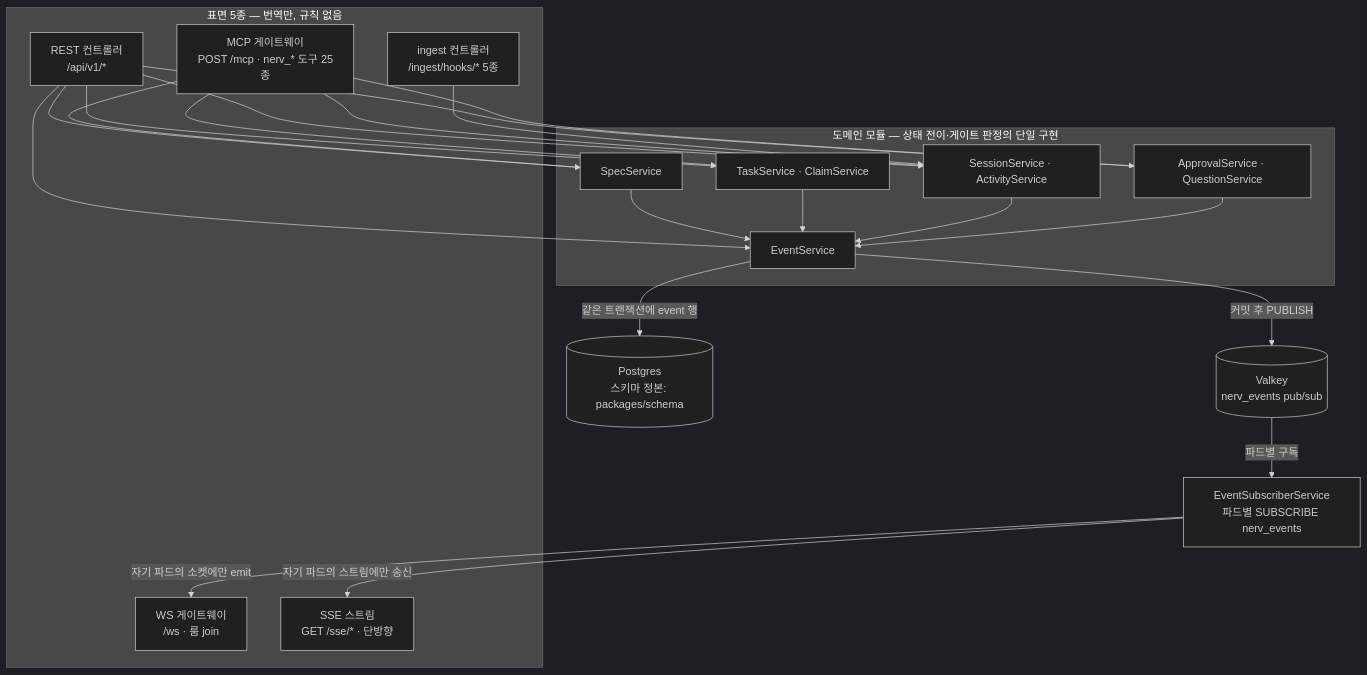
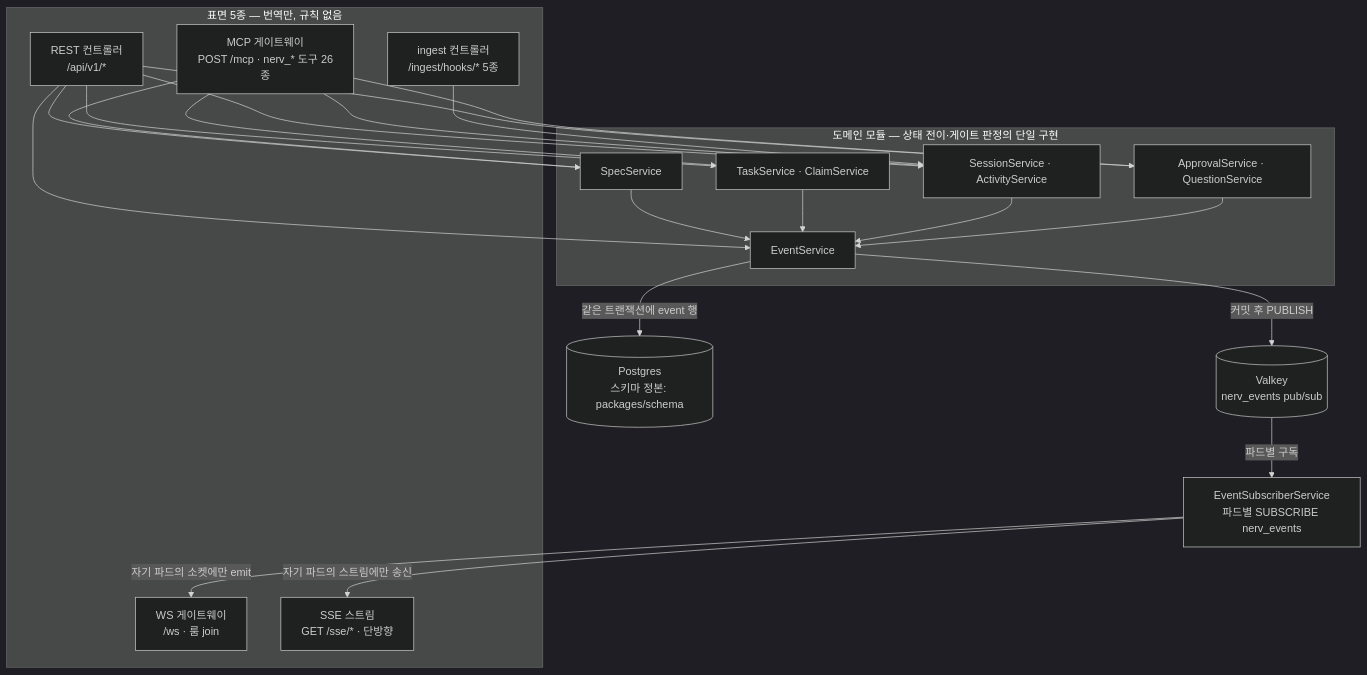
One commit to worker-ants/nerv changed the diagram in docs/04-mvp/codebase.md. Above: the diagram before and after it, drawn with Mermaid (dark theme). The commit also changed other lines of this file and 32 other files, not shown here.

First line of the commit message:
fix(api,schema,plugin,docs): 제출 응답의 이월 발견을 50건으로 줄이고 나머지는 커서로 읽는다 — nerv_finding_list 신설 (REQ-API-242) (#199)

````diff
--- a/docs/04-mvp/codebase.md
+++ b/docs/04-mvp/codebase.md
@@ -371,40 +373,40 @@
 ```mermaid
 flowchart TB
   subgraph SURF["표면 5종 — 번역만, 규칙 없음"]
     REST["REST 컨트롤러<br/>/api/v1/*"]
-    MCP["MCP 게이트웨이<br/>POST /mcp · nerv_* 도구 25종"]
+    MCP["MCP 게이트웨이<br/>POST /mcp · nerv_* 도구 26종"]
     WS["WS 게이트웨이<br/>/ws · 룸 join"]
     SSE["SSE 스트림<br/>GET /sse/* · 단방향"]
     ING["ingest 컨트롤러<br/>/ingest/hooks/* 5종"]
   end
   subgraph DOM["도메인 모듈 — 상태 전이·게이트 판정의 단일 구현"]
     SS["SpecService"]
     TS["TaskService · ClaimService"]
     SES["SessionService · ActivityService"]
     AP["ApprovalService · QuestionService"]
     EV["EventService"]
   end
   PG[("Postgres<br/>스키마 정본: packages/schema")]
   VK[("Valkey<br/>nerv_events pub/sub")]
   SUB["EventSubscriberService<br/>파드별 SUBSCRIBE nerv_events"]
 
   REST --> SS
   REST --> TS
   REST --> SES
   REST --> AP
   REST --> EV
   MCP --> SS
   MCP --> TS
   MCP --> SES
   MCP --> AP
   ING --> SES
   SS --> EV
   TS --> EV
   SES --> EV
   AP --> EV
   EV -->|"같은 트랜잭션에 event 행"| PG
   EV -->|"커밋 후 PUBLISH"| VK
   VK -->|"파드별 구독"| SUB
   SUB -->|"자기 파드의 소켓에만 emit"| WS
   SUB -->|"자기 파드의 스트림에만 송신"| SSE
 ```
````
